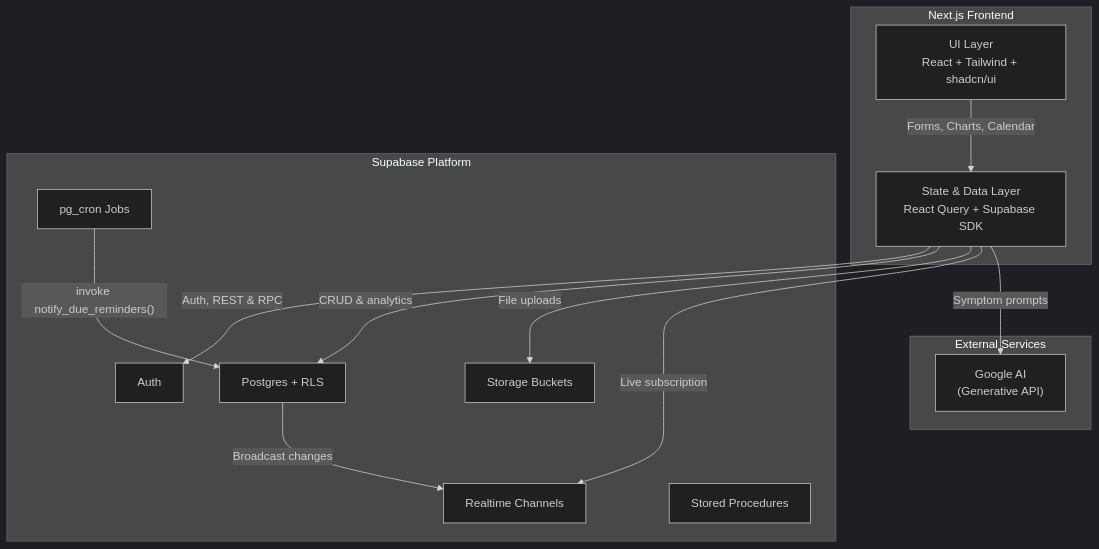
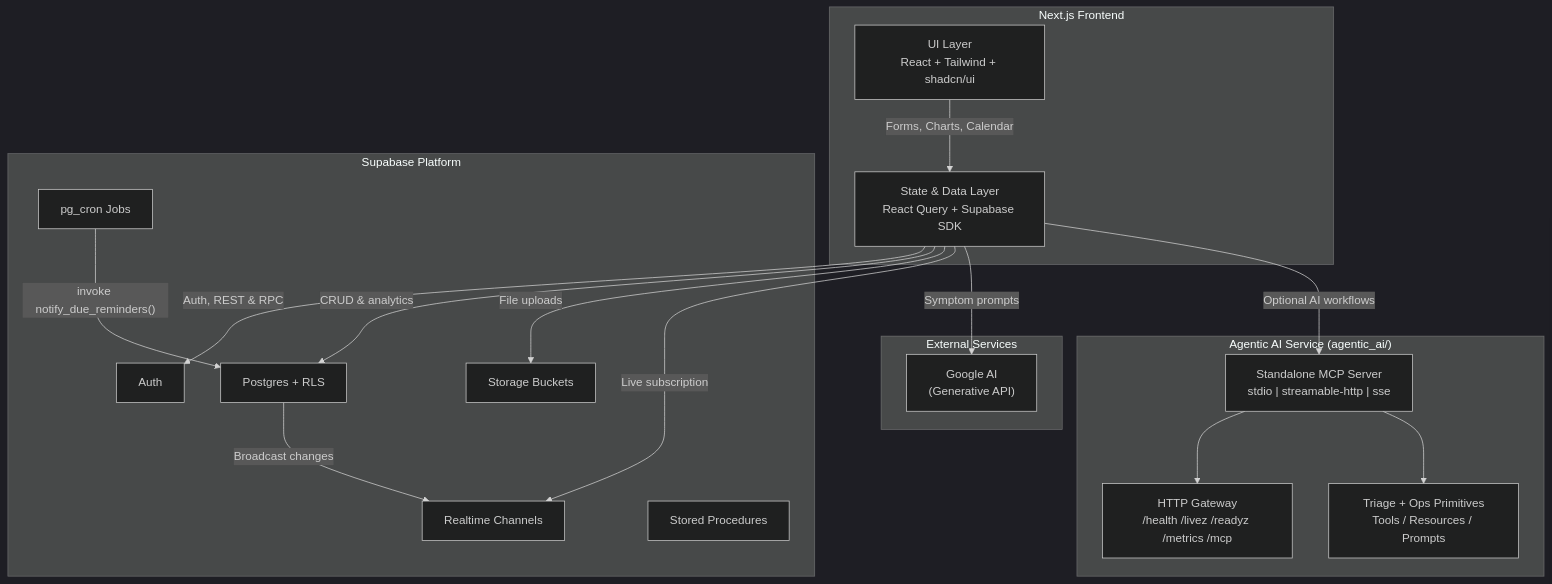
One commit to hoangsonww/SymptomSync-Health-App changed the first of 2 diagrams in README.md. Above: the diagram before and after it, drawn with Mermaid (dark theme). The commit also changed other lines of this file and 56 other files, not shown here.

Commit message:
refactor: Reorganize imports and update MCP server configuration for improved clarity and functionality

````diff
--- a/README.md
+++ b/README.md
@@ -154,29 +155,38 @@
 ```mermaid
 flowchart TD
   subgraph Client["Next.js Frontend"]
     UI["UI Layer\nReact + Tailwind + shadcn/ui"]
     Data["State & Data Layer\nReact Query + Supabase SDK"]
+  end
+
+  subgraph AgenticAI["Agentic AI Service (agentic_ai/)"]
+    MCP["Standalone MCP Server\nstdio | streamable-http | sse"]
+    Gateway["HTTP Gateway\n/health /livez /readyz /metrics /mcp"]
+    Triage["Triage + Ops Primitives\nTools / Resources / Prompts"]
   end
 
   subgraph Supabase["Supabase Platform"]
     Auth["Auth"]
     DB["Postgres + RLS"]
     Storage["Storage Buckets"]
     Realtime["Realtime Channels"]
     Cron["pg_cron Jobs"]
     Functions["Stored Procedures"]
   end
 
   subgraph Integrations["External Services"]
     GoogleAI["Google AI\n(Generative API)"]
   end
 
   UI -->|"Forms, Charts, Calendar"| Data
   Data -->|"Auth, REST & RPC"| Auth
   Data -->|"CRUD & analytics"| DB
   Data -->|"File uploads"| Storage
   DB -->|"Broadcast changes"| Realtime
   Cron -->|"invoke notify_due_reminders()"| DB
   Data -->|"Live subscription"| Realtime
   Data -->|"Symptom prompts"| GoogleAI
+  Data -->|"Optional AI workflows"| MCP
+  MCP --> Gateway
+  MCP --> Triage
 ```
````
